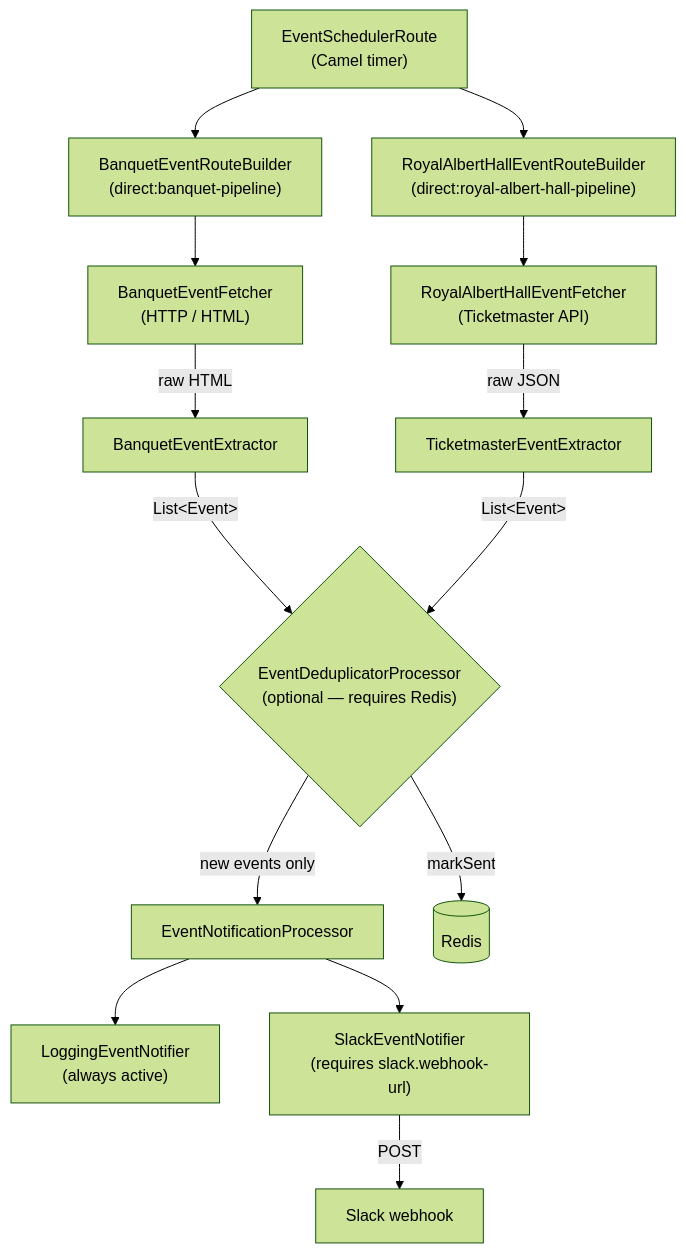
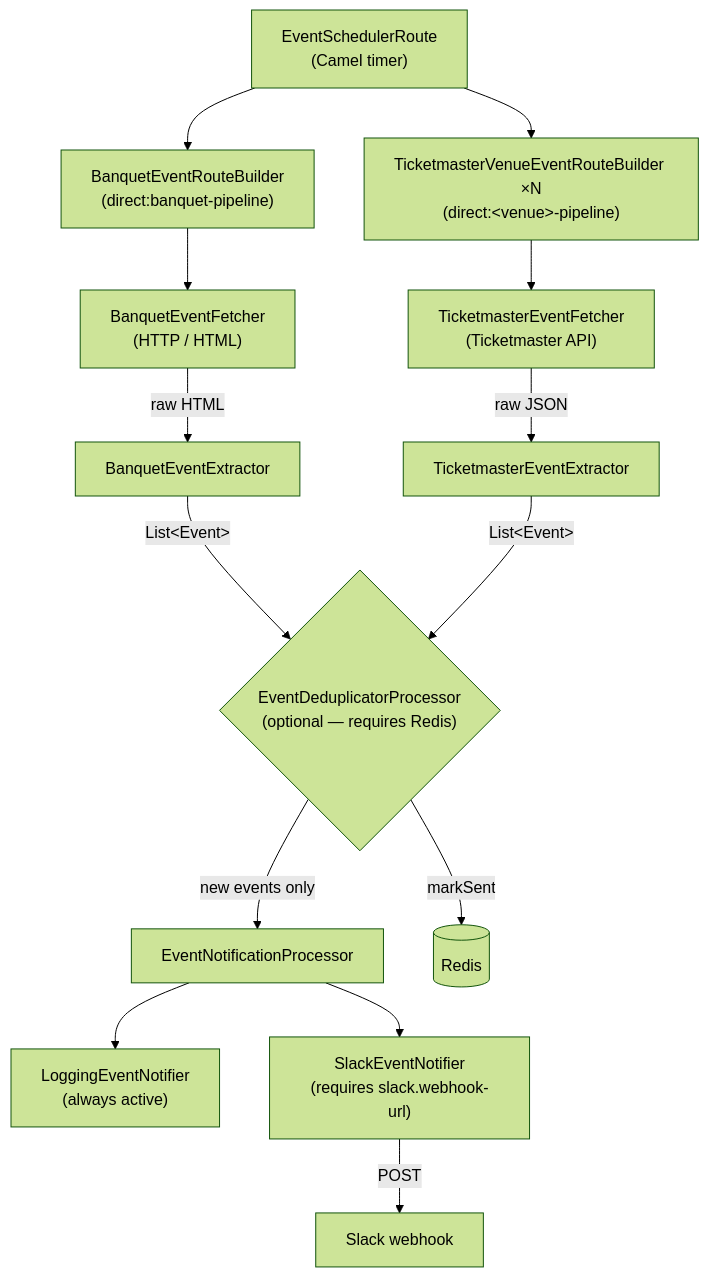
The diagram in README.md (dermotmburke/gig-hub), drawn with Mermaid (forest theme) before and after one commit. The commit also changed other lines of this file, not shown here.

````diff
--- a/README.md
+++ b/README.md
@@ -17,26 +17,26 @@
 ```mermaid
 flowchart TD
     Scheduler["EventSchedulerRoute\n(Camel timer)"]
 
     Scheduler --> BR["BanquetEventRouteBuilder\n(direct:banquet-pipeline)"]
-    Scheduler --> RR["RoyalAlbertHallEventRouteBuilder\n(direct:royal-albert-hall-pipeline)"]
+    Scheduler --> TM["TicketmasterVenueEventRouteBuilder ×N\n(direct:&lt;venue&gt;-pipeline)"]
 
     BR --> BF["BanquetEventFetcher\n(HTTP / HTML)"]
-    RR --> RF["RoyalAlbertHallEventFetcher\n(Ticketmaster API)"]
+    TM --> RF["TicketmasterEventFetcher\n(Ticketmaster API)"]
 
     BF --> |raw HTML| BE["BanquetEventExtractor"]
     RF --> |raw JSON| TE["TicketmasterEventExtractor"]
 
     BE --> |List&lt;Event&gt;| Dedup
     TE --> |List&lt;Event&gt;| Dedup
 
     Dedup{"EventDeduplicatorProcessor\n(optional — requires Redis)"}
     Dedup --> |new events only| Notify
 
     Notify["EventNotificationProcessor"]
     Notify --> Log["LoggingEventNotifier\n(always active)"]
     Notify --> Slack["SlackEventNotifier\n(requires slack.webhook-url)"]
 
     Dedup --> |markSent| Redis[("Redis")]
     Slack --> |POST| SlackAPI["Slack webhook"]
 ```
````
